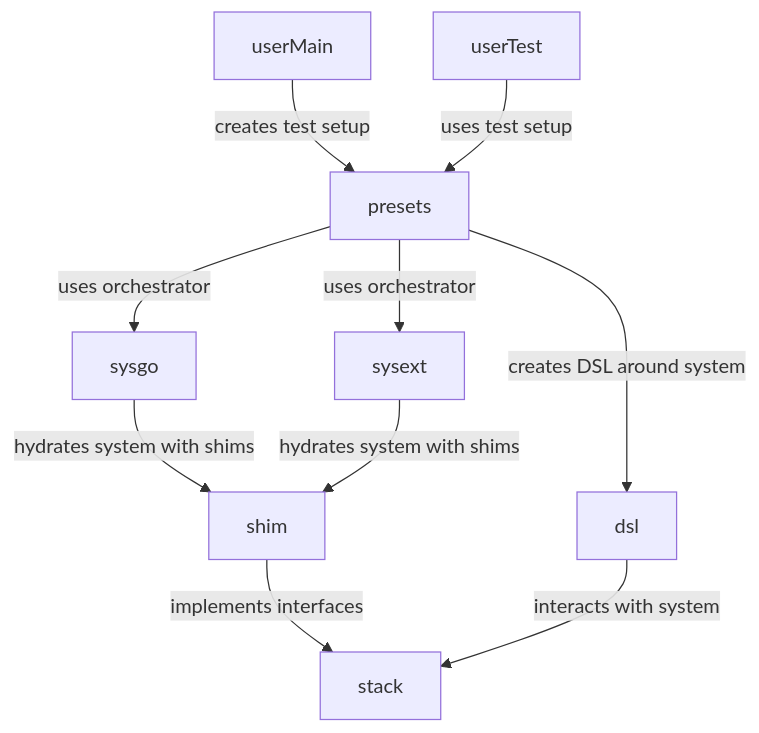
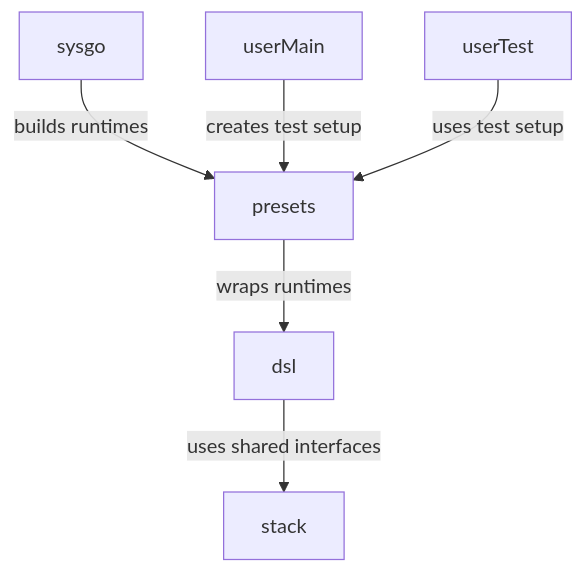
One commit to tokamak-network/enshrined-vrf changed the diagram in op-devstack/README.md. Above: the diagram before and after it, drawn with Mermaid. The commit also changed other lines of this file and 399 other files, not shown here.

````diff
--- a/op-devstack/README.md
+++ b/op-devstack/README.md
@@ -19,15 +15,9 @@
 ```mermaid
 graph TD
-  shim --implements interfaces--> stack
-  sysgo --hydrates system with shims--> shim
-  sysext --hydrates system with shims--> shim
+  sysgo --builds runtimes--> presets
+  presets --wraps runtimes--> dsl
+  dsl --uses shared interfaces--> stack
 
-  dsl --interacts with system--> stack
-
-  presets --uses orchestrator--> sysgo
-  presets --uses orchestrator--> sysext
-  presets --creates DSL around system--> dsl
-
-  userMain -- creates test setup --> presets
-  userTest -- uses test setup --> presets
+  userMain --creates test setup--> presets
+  userTest --uses test setup--> presets
 ```
````
